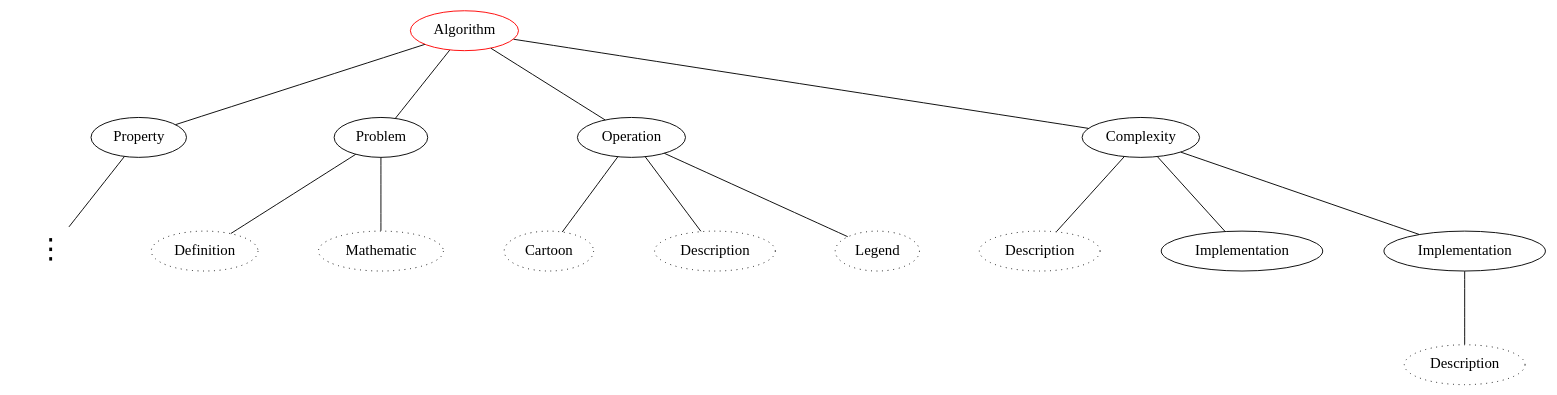
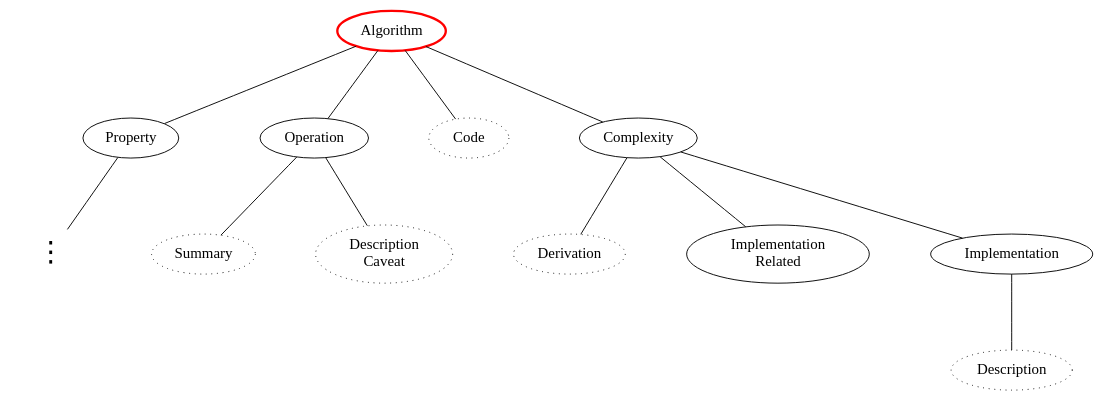
Before and after one commit to doyougnu/XOP_Encoding: the diagram in paper/gtpaper/DJK_tree.dot, drawn with Graphviz. The commit also changed 1 other file, not shown here.

```diff
--- a/paper/gtpaper/DJK_tree.dot
+++ b/paper/gtpaper/DJK_tree.dot
@@ -1,116 +1,123 @@
 digraph graph_name {
   graph [
     charset = "UTF-8";
     labelloc = "t",
     labeljust = "c",
     margin = 0.2,
     splines = spline,
     ordering = out,
     ranksep = 1.0,
     nodesep = 0.9
   ];
 
   node [
     fontsize = 16,
     fontcolor = 6,
     fontname = "Migu 1M",
     color = 7,
     fillcolor = 11,
     height = 0.6,
     width = 1.2
   ];
 
   edge [
     style = solid,
     fontsize = 14,
     labelfloat = true,
     labeldistance = 2.5,
     labelangle = 70,
     arrowhead = none,
   ];
 
   // node define
-  Algorithm [color = red];
+  Algorithm [color = red, penwidth = 2.5];
   // History2 [label = "History"];
   // Def2 [label = "Definition", style = dotted];
 
   // leaf define
   // Description [style = dotted];
   // Def [label = "Definition", style = dotted];
-  Def3 [label = "Definition", style = dotted];
-  Math2 [label = "Mathematic", style = dotted];
+  // Def3 [label = "Definition", style = dotted];
+  // Math2 [label = "Mathematic", style = dotted];
   // Assu [label = "Abstraction", style = dotted];
   // Code [label = "Code", style = dotted];
-  Ctn [label = "Cartoon", style = dotted];
-  Lgnd [label = "Legend", style = dotted];
-  Desc [label = "Description", style = dotted];
+  // Lgnd [label = "Legend", style = dotted];
   // Prop [label = "Proposal", style = dotted];
 
   // InVivo [style = dotted];
   // Definition [style = dotted];
   // Outline [label = "Outline:Meta", style = dotted];
   // C1 [label = "Comment:Caveat", style = dotted];
 
   // Nodes must be defined in order
   // Algorithm -> History;
   // Algorithm -> Class;
 
 
 
   // edges
   Algorithm -> Property;
 
   // Def2 [label = "Definition", style = dotted];
   // Math [label = "Mathematic", style = dotted];
   // Property -> Def2;
   // Property -> Math;
   Property -> Dummy1;
   Dummy1 [label = "⋮" , color="white" , fontsize=30];
-  Algorithm -> Problem;
-  Problem -> Def3;
-  Problem -> Math2;
+  // Algorithm -> Problem;
+  // Dummy2 [label = "⋮" , color="white" , fontsize=30];
+  // // Problem -> Def3;
+  // Problem -> Dummy2;
+  // Problem -> Math2;
 
   Algorithm -> Operation;
+  Ctn [label = "Summary", style = dotted];
   Operation -> Ctn;
+  Desc [label = "Description\nCaveat", style = dotted];
   Operation -> Desc;
-  Operation -> Lgnd;
+  Code1 [label = "Code", style = dotted];
+  Algorithm -> Code1;
+  // Operation -> Lgnd;
   // Cases [label = "Cases", style = dotted];
   // Prf [label = "Proof", style = dotted];
   // BCase [label = "Base Case", style = dotted];
   // Desc2 [label = "Description", style = dotted];
   // Math3 [label = "Mathematic", style = dotted];
   // Operation -> Prf;
   // Operation -> BCase;
   // Operation -> Desc2;
   // Operation -> Math3;
   // Prp [label = "Proposal", style = dotted];
   // Operation -> Prp;
   // Desc3 [label = "Description", style = dotted];
   // Operation -> Desc3;
   // Cases2 [label = "Cases", style = dotted];
   // Desc4 [label = "Description", style = dotted];
   // Math4 [label = "Mathematic", style = dotted];
   // Operation -> Cases2;
   // Operation -> Desc4;
   // Operation -> Math4;
   // Conc [label = "Conclusion", style = dotted];
   // Operation -> Conc;
   // Desc5 [label = "Description", style = dotted];
   // Operation -> Desc5;
   // Ctn2 [label = "Cartoon", style = dotted];
   // Operation -> Ctn2;
   // Prop [label = "Proposal", style = dotted];
   // Operation -> Prop;
   // Desc6 [label = "Description", style = dotted];
   // Prf2 [label = "Proof", style = dotted];
   // Operation -> Desc6;
   // Operation -> Prf2;
   Algorithm -> Complexity;
-  Desc7 [label = "Description", style = dotted];
-  Complexity -> Desc7;
-  Complexity -> Implementation;
+  Deri [label = "Derivation", style = dotted];
+  Complexity -> Deri;
+  // Desc7 [label = "Description", style = dotted];
+  // Complexity -> Desc7;
+  Impl1 [label = "Implementation\nRelated"];
+  Complexity -> Impl1;
   Impl [label = "Implementation"];
   Complexity -> Impl;
   Desc8 [label = "Description", style = dotted];
   Impl -> Desc8;
 }
```
